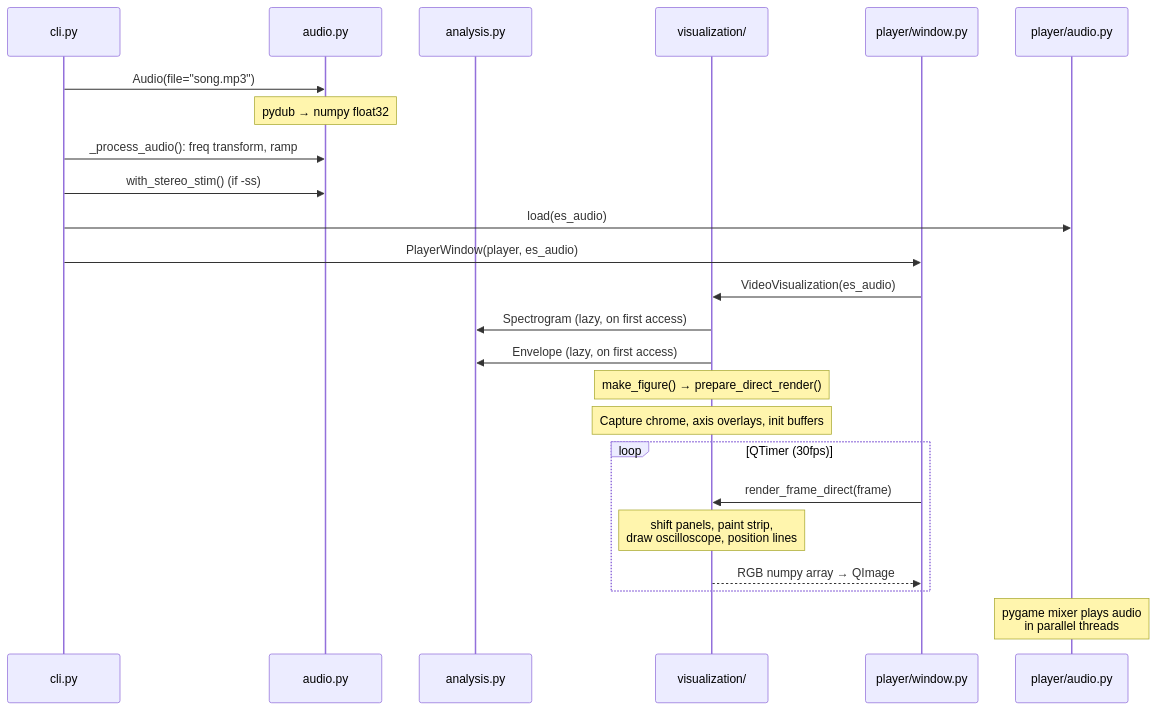
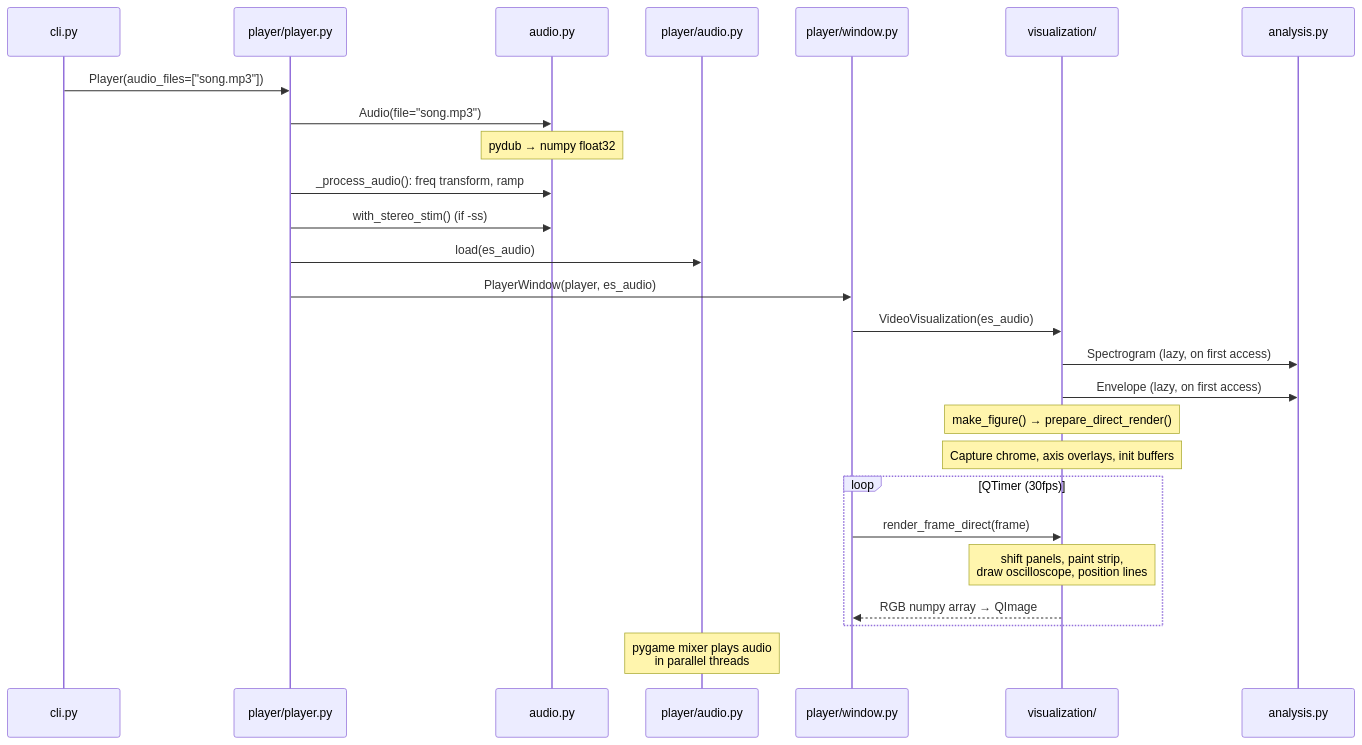
One commit to PsynApps/estimpy changed the first of 4 diagrams in docs/ARCHITECTURE.md. Above: the diagram before and after it, drawn with Mermaid. The commit also changed other lines of this file and 4 other files, not shown here.

````diff
--- a/docs/ARCHITECTURE.md
+++ b/docs/ARCHITECTURE.md
@@ -113,29 +148,31 @@
 ```mermaid
 sequenceDiagram
     participant CLI as cli.py
+    participant Player as player/player.py
     participant Audio as audio.py
+    participant Engine as player/audio.py
+    participant Window as player/window.py
+    participant Viz as visualization/
     participant Analysis as analysis.py
-    participant Viz as visualization/
-    participant Window as player/window.py
-    participant Engine as player/audio.py
 
-    CLI->>Audio: Audio(file="song.mp3")
+    CLI->>Player: Player(audio_files=["song.mp3"])
+    Player->>Audio: Audio(file="song.mp3")
     Note over Audio: pydub → numpy float32
-    CLI->>Audio: _process_audio(): freq transform, ramp
-    CLI->>Audio: with_stereo_stim() (if -ss)
-    CLI->>Engine: load(es_audio)
-    CLI->>Window: PlayerWindow(player, es_audio)
+    Player->>Audio: _process_audio(): freq transform, ramp
+    Player->>Audio: with_stereo_stim() (if -ss)
+    Player->>Engine: load(es_audio)
+    Player->>Window: PlayerWindow(player, es_audio)
     Window->>Viz: VideoVisualization(es_audio)
     Viz->>Analysis: Spectrogram (lazy, on first access)
     Viz->>Analysis: Envelope (lazy, on first access)
     Note over Viz: make_figure() → prepare_direct_render()
     Note over Viz: Capture chrome, axis overlays, init buffers
 
     loop QTimer (30fps)
         Window->>Viz: render_frame_direct(frame)
         Note over Viz: shift panels, paint strip,<br/>draw oscilloscope, position lines
         Viz-->>Window: RGB numpy array → QImage
     end
 
     Note over Engine: pygame mixer plays audio<br/>in parallel threads
 ```
````
